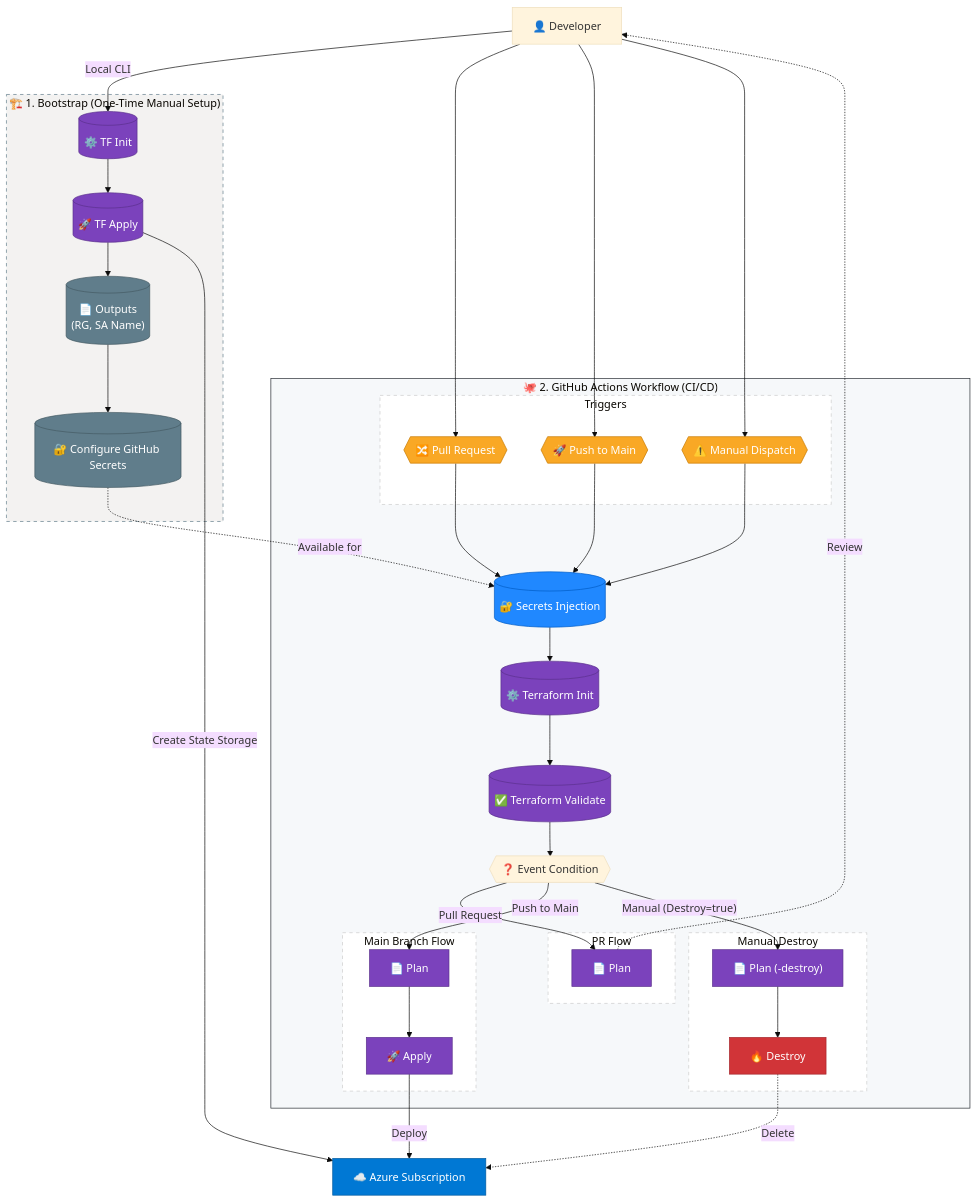
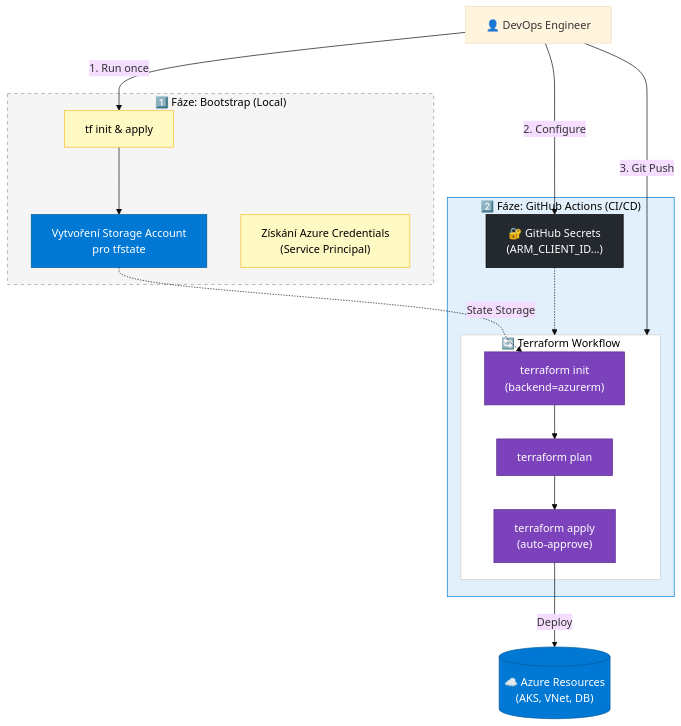
The second of 2 diagrams in diagram.md (Jakubpet91/Orbit), drawn with Mermaid (base theme) before and after one commit. The commit also changed other lines of this file and 1 other file, not shown here.

Commit message:
docs: add presentation on Azure adoption strategy with IaC

````diff
--- a/diagram.md
+++ b/diagram.md
@@ -59,89 +73,52 @@
 ```mermaid
 flowchart TD
-    %% Styles
-    classDef trigger fill:#F9A825,stroke:#C77900,color:#fff
-    classDef step fill:#2088FF,stroke:#005CC5,color:#fff
-    classDef tf fill:#7B42BC,stroke:#5A308C,color:#fff
-    classDef destroy fill:#D13438,stroke:#A4262C,color:#fff
+    %% --- STYLOVÁNÍ ---
+    %% Manuální kroky - Žlutá, černý text
+    classDef manual fill:#FFF9C4,stroke:#FBC02D,color:#000000
+    %% GitHub kroky - Tmavá, bílý text
+    classDef gh fill:#24292F,stroke:#000,color:#fff
+    %% Terraform akce - Fialová, bílý text
+    classDef terraform fill:#7B42BC,stroke:#5A308C,color:#fff
+    %% Azure zdroje - Modrá, bílý text
     classDef azure fill:#0078D4,stroke:#005A9E,color:#fff
-    classDef manual fill:#607D8B,stroke:#455A64,color:#fff
 
-    Dev[👤 Developer]
+    %% --- AKTÉŘI ---
+    Dev[👤 DevOps Engineer]
 
-    %% 1. Bootstrap Process
-    subgraph Bootstrap_Process ["🏗️ 1. Bootstrap (One-Time Manual Setup)"]
-        style Bootstrap_Process fill:#F3F2F1,stroke:#607D8B,stroke-dasharray: 5 5
-        
-        BootInit[("⚙️ TF Init")]:::tf
-        BootApply[("🚀 TF Apply")]:::tf
-        BootOutputs[("📄 Outputs<br/>(RG, SA Name)")]:::manual
-        
-        ConfigSecrets[("🔐 Configure GitHub Secrets")]:::manual
+    %% --- 1. FÁZE: BOOTSTRAP ---
+    subgraph Phase1["1️⃣ Fáze: Bootstrap (Local)"]
+        style Phase1 fill:#F5F5F5,stroke:#999,stroke-dasharray: 5 5,color:#000000
+        InitLocal["tf init & apply"]:::manual
+        CreateSA["Vytvoření Storage Account<br/>pro tfstate"]:::azure
+        GetCreds["Získání Azure Credentials<br/>(Service Principal)"]:::manual
     end
 
-    subgraph GitHub ["🐙 2. GitHub Actions Workflow (CI/CD)"]
-        style GitHub fill:#F6F8FA,stroke:#24292F
+    %% --- 2. FÁZE: GITHUB ACTIONS ---
+    subgraph Phase2["2️⃣ Fáze: GitHub Actions (CI/CD)"]
+        style Phase2 fill:#E1F0FA,stroke:#0078D4,color:#000000
         
-        %% Triggers
-        subgraph Triggers ["Triggers"]
-            style Triggers fill:#fff,stroke:#ccc,stroke-dasharray: 5 5
-            TriggerPR{{"🔀 Pull Request"}}:::trigger
-            TriggerPush{{"🚀 Push to Main"}}:::trigger
-            TriggerManual{{"⚠️ Manual Dispatch"}}:::trigger
-        end
-
-        %% Common Steps
-        Secrets[("🔐 Secrets Injection")]:::step
-        Init[("⚙️ Terraform Init")]:::tf
-        Validate[("✅ Terraform Validate")]:::tf
+        Secrets["🔐 GitHub Secrets<br/>(ARM_CLIENT_ID...)"]:::gh
         
-        %% Logic
-        Decision{{"❓ Event Condition"}}
-
-        %% Branches
-        subgraph PR_Flow ["PR Flow"]
-            style PR_Flow fill:#fff,stroke:#ccc,stroke-dasharray: 5 5
-            PlanOnly["📄 Plan"]:::tf
-        end
-
-        subgraph Main_Flow ["Main Branch Flow"]
-            style Main_Flow fill:#fff,stroke:#ccc,stroke-dasharray: 5 5
-            PlanApply["📄 Plan"]:::tf
-            Apply["🚀 Apply"]:::tf
-        end
-
-        subgraph Destroy_Flow ["Manual Destroy"]
-            style Destroy_Flow fill:#fff,stroke:#ccc,stroke-dasharray: 5 5
-            PlanDestroy["📄 Plan (-destroy)"]:::tf
-            Destroy["🔥 Destroy"]:::destroy
+        subgraph Pipeline["🔄 Terraform Workflow"]
+            style Pipeline fill:#ffffff,stroke:#ccc,color:#000000
+            TFInit["terraform init<br/>(backend=azurerm)"]:::terraform
+            TFPlan["terraform plan"]:::terraform
+            TFApply["terraform apply<br/>(auto-approve)"]:::terraform
         end
     end
 
-    AzSub[☁️ Azure Subscription]:::azure
+    %% --- CÍL ---
+    TargetEnv[("☁️ Azure Resources<br/>(AKS, VNet, DB)")]:::azure
 
-    %% Connections
-    Dev -->|Local CLI| BootInit
-    BootInit --> BootApply --> BootOutputs
-    BootOutputs --> ConfigSecrets
-    ConfigSecrets -.->|Available for| Secrets
+    %% --- TOK ---
+    Dev -->|1. Run once| InitLocal
+    InitLocal --> CreateSA
+    CreateSA -.->|State Storage| TFInit
+    
+    Dev -->|2. Configure| Secrets
+    Secrets -.-> Pipeline
 
-    Dev --> TriggerPR
-    Dev --> TriggerPush
-    Dev --> TriggerManual
-
-    TriggerPR --> Secrets
-    TriggerPush --> Secrets
-    TriggerManual --> Secrets
-
-    Secrets --> Init --> Validate --> Decision
-
-    Decision -- "Pull Request" --> PlanOnly
-    Decision -- "Push to Main" --> PlanApply --> Apply
-    Decision -- "Manual (Destroy=true)" --> PlanDestroy --> Destroy
-
-    %% Outputs
-    PlanOnly -.->|Review| Dev
-    Apply -->|Deploy| AzSub
-    Destroy -.->|Delete| AzSub
-    BootApply -->|Create State Storage| AzSub
+    Dev -->|3. Git Push| Pipeline
+    TFInit --> TFPlan --> TFApply
+    TFApply -->|Deploy| TargetEnv
 ```
````
